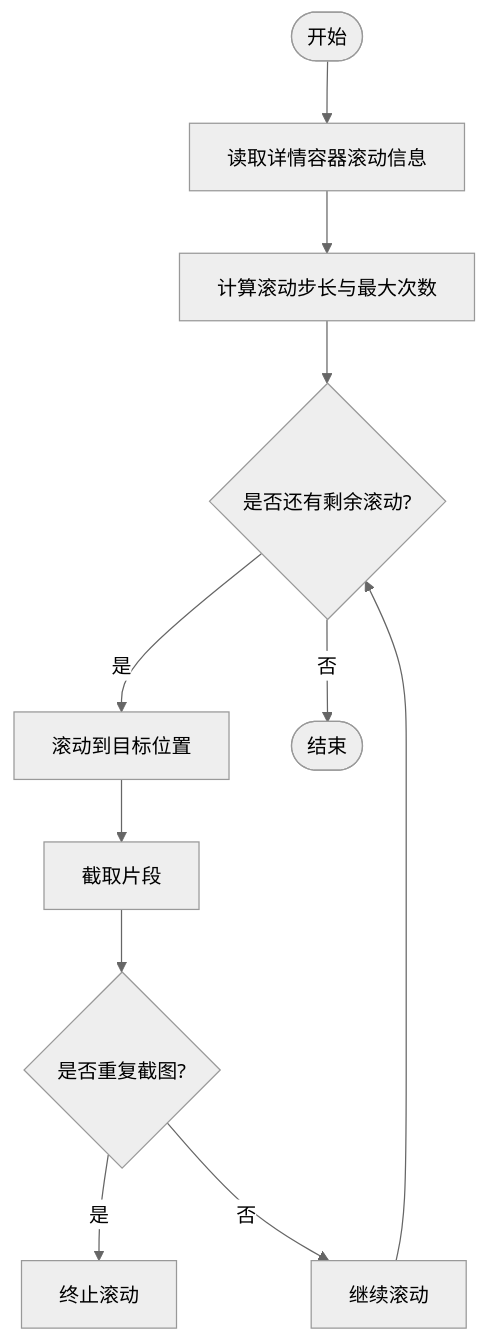
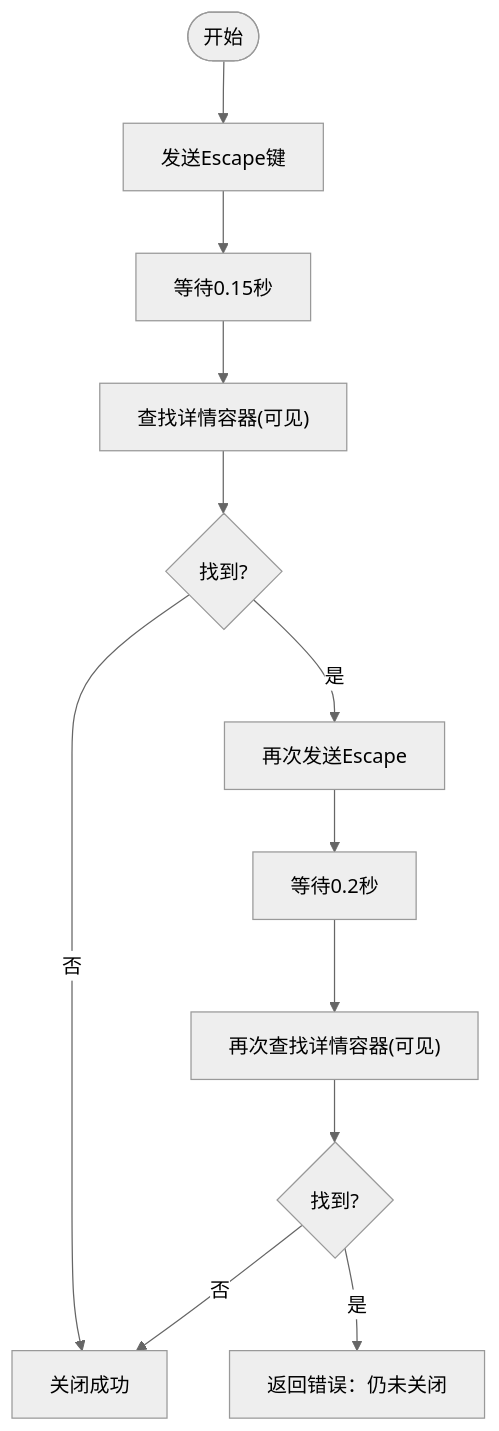
One commit to alvinwangzi/goodhr changed the fifth of 6 diagrams in .qoder/repowiki/zh/content/本地执行器/平台适配器/智联招聘适配器/详情页面处理.md. Above: the diagram before and after it, drawn with Mermaid (neutral theme). The commit also changed other lines of this file and 149 other files, not shown here.

````diff
--- a/.qoder/repowiki/zh/content/本地执行器/平台适配器/智联招聘适配器/详情页面处理.md
+++ b/.qoder/repowiki/zh/content/本地执行器/平台适配器/智联招聘适配器/详情页面处理.md
@@ -185,13 +186,14 @@
 ```mermaid
 flowchart TD
-S(["开始"]) --> Info["读取详情容器滚动信息"]
-Info --> Plan["计算滚动步长与最大次数"]
-Plan --> Loop{"是否还有剩余滚动?"}
-Loop --> |是| Scroll["滚动到目标位置"]
-Scroll --> Shot["截取片段"]
-Shot --> Dup{"是否重复截图?"}
-Dup --> |是| Stop["终止滚动"]
-Dup --> |否| Next["继续滚动"]
-Next --> Loop
-Loop --> |否| Done(["结束"])
+S(["开始"]) --> PressEsc["发送Escape键"]
+PressEsc --> Wait1["等待0.15秒"]
+Wait1 --> Check1["查找详情容器(可见)"]
+Check1 --> Found1{"找到?"}
+Found1 --> |否| Done["关闭成功"]
+Found1 --> |是| PressEsc2["再次发送Escape"]
+PressEsc2 --> Wait2["等待0.2秒"]
+Wait2 --> Check2["再次查找详情容器(可见)"]
+Check2 --> Found2{"找到?"}
+Found2 --> |否| Done
+Found2 --> |是| Fail["返回错误：仍未关闭"]
 ```
````
